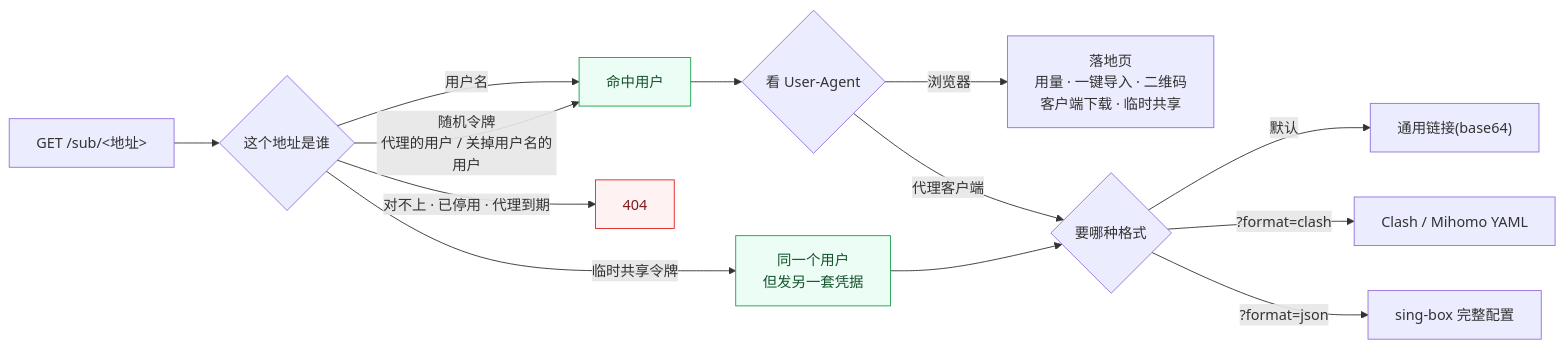
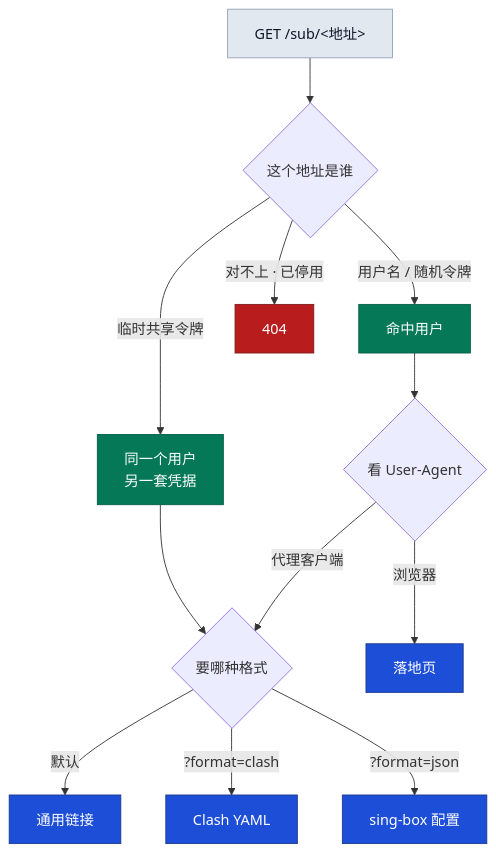
One commit to Maoyangui/m-ui changed the third of 5 diagrams in README.md. Above: the diagram before and after it, drawn with Mermaid. The commit also changed other lines of this file and 1 other file, not shown here.

Commit message:
README 架构图重画:五张图在 GitHub 上原来有两张会被压到 67% 和 82%,文字跟着缩小到看不清 —— 图一从三列横排改成分层,图二把干跑用的解析器和运行中的数据面合成一个 sing-box(本来就是同一个),现在五张全部在正文宽度内按原尺寸渲染。配色改成每个节点都显式给底色与字色(深底白字、浅底近黑字),不再依赖主题默认值,GitHub 明暗两种主题下都够对比;去掉顺序图里那块近白色的 rect,它在深色模式下就是白底白字。内容一并更新:副机报告里加上上游巡检结果,数据模型标出分配可细到某台服务器、代理有用户数上限,后台节奏补上每小时清理日志与按设置巡检上游

````diff
--- a/README.md
+++ b/README.md
@@ -147,20 +151,24 @@
 ```mermaid
-flowchart LR
+flowchart TD
   Q["GET /sub/&lt;地址&gt;"] --> WHO{"这个地址是谁"}
-  WHO -->|"用户名"| U["命中用户"]
-  WHO -->|"随机令牌<br/>代理的用户 / 关掉用户名的用户"| U
-  WHO -->|"临时共享令牌"| S["同一个用户<br/>但发另一套凭据"]
-  WHO -->|"对不上 · 已停用 · 代理到期"| E["404"]
+  WHO -->|"用户名 / 随机令牌"| U["命中用户"]
+  WHO -->|"临时共享令牌"| S["同一个用户<br/>另一套凭据"]
+  WHO -->|"对不上 · 已停用"| E["404"]
   U --> UA{"看 User-Agent"}
-  UA -->|"浏览器"| P["落地页<br/>用量 · 一键导入 · 二维码<br/>客户端下载 · 临时共享"]
+  S --> F
+  UA -->|"浏览器"| P["落地页"]
   UA -->|"代理客户端"| F{"要哪种格式"}
-  S --> F
-  F -->|"默认"| F1["通用链接(base64)"]
-  F -->|"?format=clash"| F2["Clash / Mihomo YAML"]
-  F -->|"?format=json"| F3["sing-box 完整配置"]
+  F -->|"默认"| F1["通用链接"]
+  F -->|"?format=clash"| F2["Clash YAML"]
+  F -->|"?format=json"| F3["sing-box 配置"]
 
-  classDef hit fill:#ecfdf5,stroke:#16a34a,color:#14532d
-  classDef bad fill:#fef2f2,stroke:#dc2626,color:#7f1d1d
-  class U,S hit
-  class E bad
+  classDef svc fill:#1d4ed8,stroke:#1e3a8a,color:#ffffff,stroke-width:1px
+  classDef who fill:#e2e8f0,stroke:#94a3b8,color:#0f172a,stroke-width:1px
+  classDef data fill:#334155,stroke:#0f172a,color:#ffffff,stroke-width:1px
+  classDef exit fill:#047857,stroke:#065f46,color:#ffffff,stroke-width:1px
+  classDef warn fill:#b91c1c,stroke:#7f1d1d,color:#ffffff,stroke-width:1px
+  class U,S exit
+  class E warn
+  class P,F1,F2,F3 svc
+  class Q who
 ```
````
